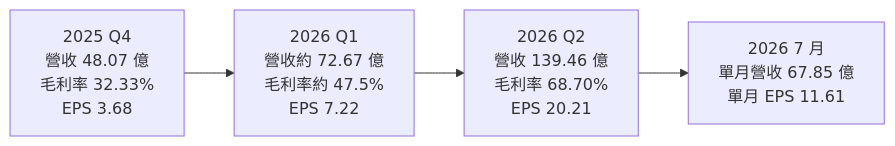
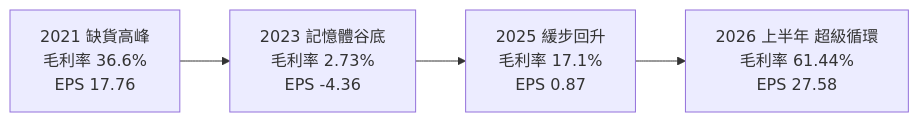
The third of 4 diagrams in 個股/台股/3006晶豪科.md (wangnick1004/taiwan-stock-vault), drawn with Mermaid before and after one commit. The commit also changed other lines of this file and 142 other files, not shown here.

````diff
--- a/個股/台股/3006晶豪科.md
+++ b/個股/台股/3006晶豪科.md
@@ -140,4 +141,4 @@
 ```mermaid
 flowchart LR
-    Q4["2025 Q4<br/>營收 48.07 億<br/>毛利率 32.33%<br/>EPS 3.68"] --> Q1["2026 Q1<br/>營收約 72.67 億<br/>毛利率約 47.5%<br/>EPS 7.22"] --> Q2["2026 Q2<br/>營收 139.46 億<br/>毛利率 68.70%<br/>EPS 20.21"] --> Q3["2026 7 月<br/>單月營收 67.85 億<br/>單月 EPS 11.61"]
+    Y21["2021 缺貨高峰<br/>毛利率 36.6%<br/>EPS 17.76"] --> Y23["2023 記憶體谷底<br/>毛利率 2.73%<br/>EPS -4.36"] --> Y25["2025 緩步回升<br/>毛利率 17.1%<br/>EPS 0.87"] --> H26["2026 上半年 超級循環<br/>毛利率 61.44%<br/>EPS 27.58"]
 ```
````
